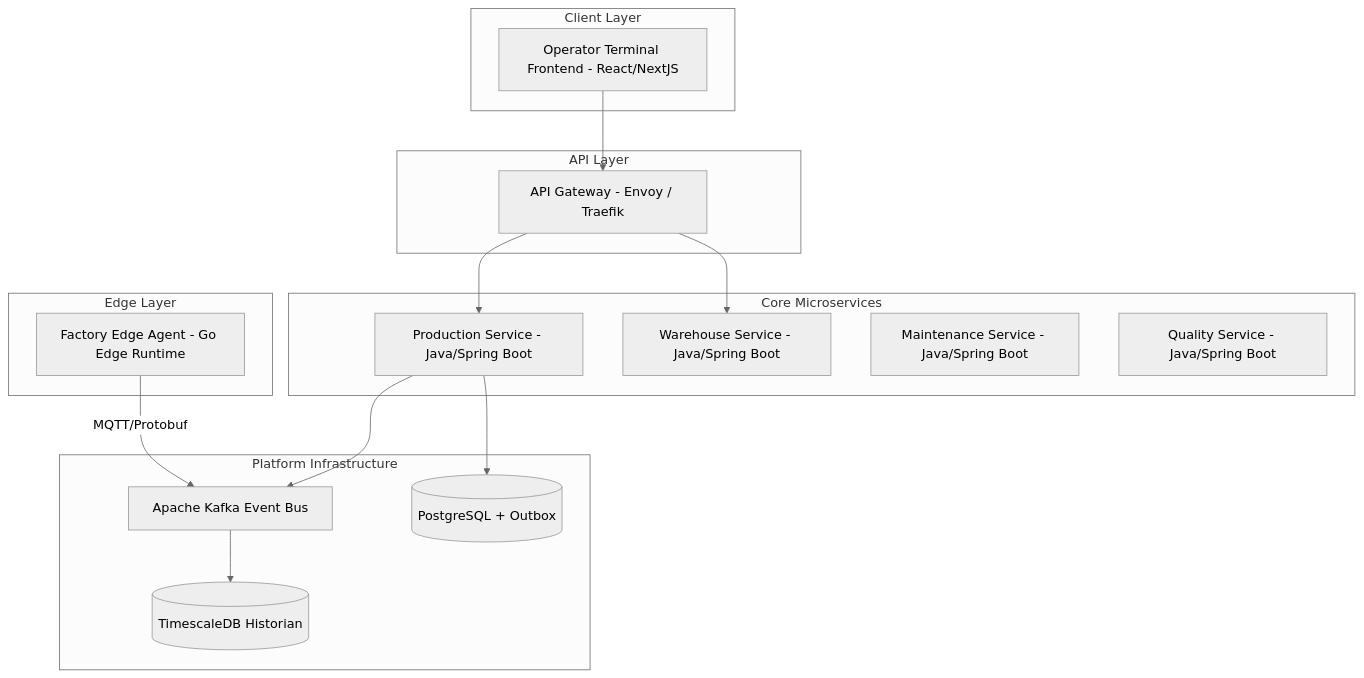
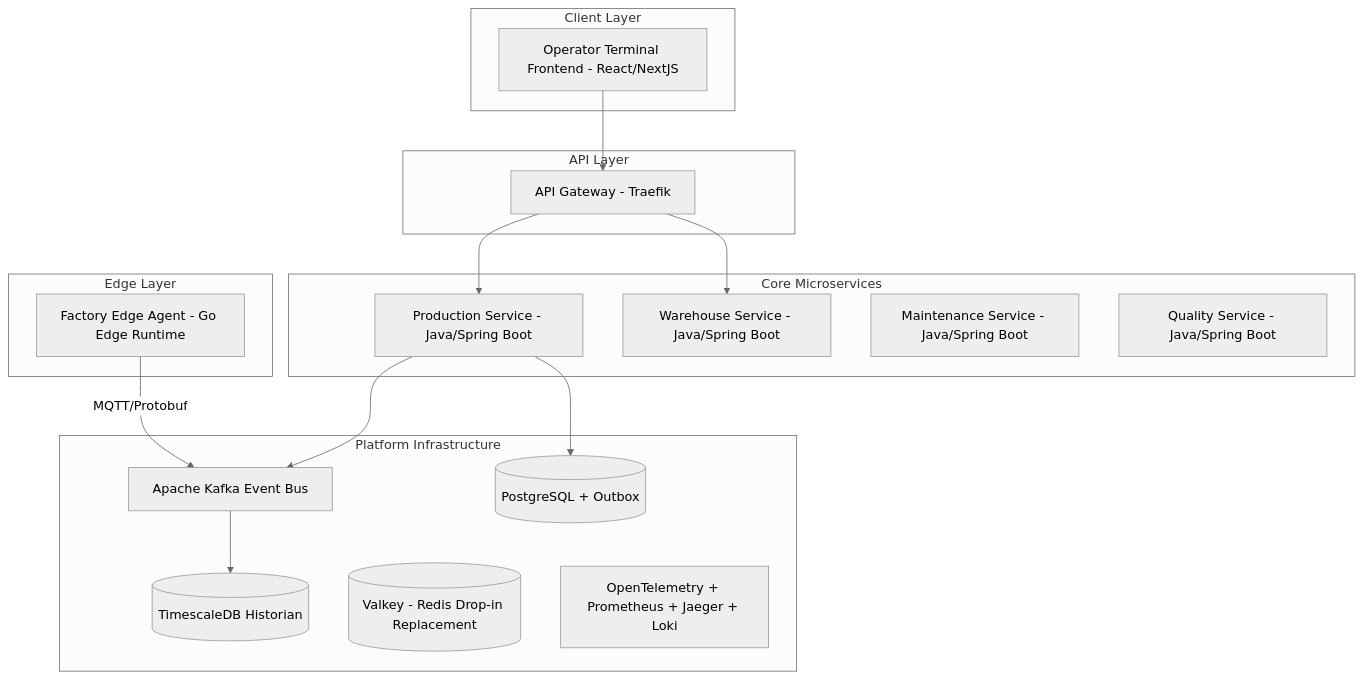
One commit to iamraydoan/factoryos changed the diagram in docs/04-architecture/C4-Container.md. Above: the diagram before and after it, drawn with Mermaid (neutral theme). The commit also changed 2 other files, not shown here.

Commit message:
docs: update architectural documentation to include Traefik, Valkey, and the OpenTelemetry observability stack

````diff
--- a/docs/04-architecture/C4-Container.md
+++ b/docs/04-architecture/C4-Container.md
@@ -5,35 +5,37 @@
 ```mermaid
 graph TB
     subgraph Client Layer
         WebUI[Operator Terminal Frontend - React/NextJS]
     end
 
     subgraph API Layer
-        Gateway[API Gateway - Envoy / Traefik]
+        Gateway[API Gateway - Traefik]
     end
 
     subgraph Core Microservices
         ProdSvc[Production Service - Java/Spring Boot]
         WhSvc[Warehouse Service - Java/Spring Boot]
         MaintSvc[Maintenance Service - Java/Spring Boot]
         QualSvc[Quality Service - Java/Spring Boot]
     end
 
     subgraph Platform Infrastructure
         EventBus[Apache Kafka Event Bus]
         DB[(PostgreSQL + Outbox)]
         TSDB[(TimescaleDB Historian)]
+        Cache[(Valkey - Redis Drop-in Replacement)]
+        Observability[OpenTelemetry + Prometheus + Jaeger + Loki]
     end
 
     subgraph Edge Layer
         EdgeAgent[Factory Edge Agent - Go Edge Runtime]
     end
 
     WebUI --> Gateway
     Gateway --> ProdSvc
     Gateway --> WhSvc
     EdgeAgent -->|MQTT/Protobuf| EventBus
     ProdSvc --> DB
     ProdSvc --> EventBus
     EventBus --> TSDB
 ```
````
